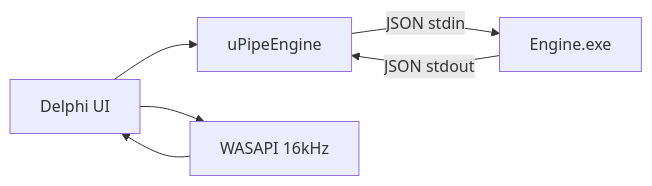
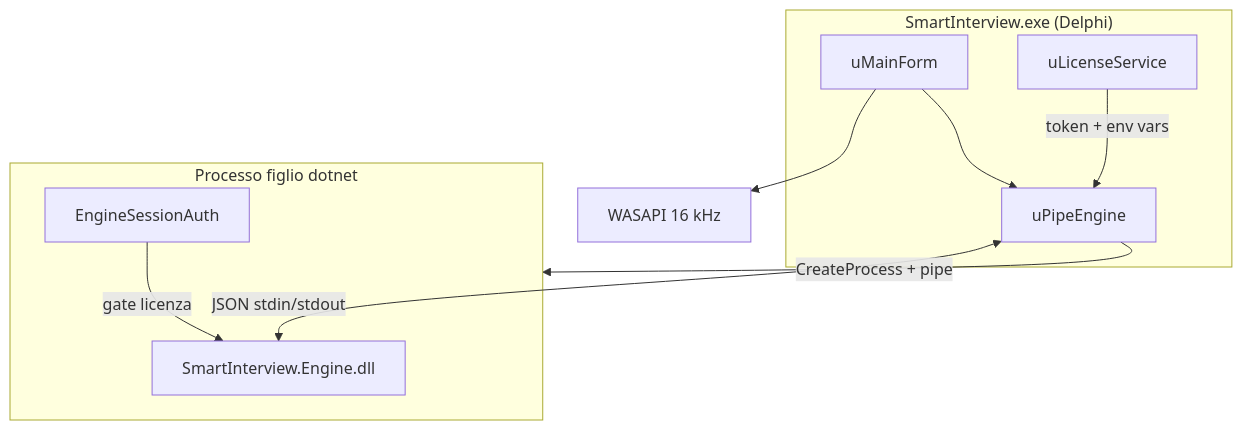
One commit to PoisonIceStudios/SmartInterview_Delphi changed the diagram in README.md. Above: the diagram before and after it, drawn with Mermaid. The commit also changed other lines of this file and 9 other files, not shown here.

First line of the commit message:
Switch engine to dotnet-hosted DLL and update docs

````diff
--- a/README.md
+++ b/README.md
@@ -54,8 +54,18 @@
 ```mermaid
-flowchart LR
-  UI[Delphi UI] --> Pipe[uPipeEngine]
-  Pipe -->|JSON stdin| Eng[Engine.exe]
-  Eng -->|JSON stdout| Pipe
-  UI --> Audio[WASAPI 16kHz]
-  Audio --> UI
+flowchart TB
+  subgraph Delphi["SmartInterview.exe (Delphi)"]
+    UI[uMainForm]
+    Pipe[uPipeEngine]
+    Lic[uLicenseService]
+    UI --> Pipe
+    Lic -->|token + env vars| Pipe
+  end
+  subgraph Host["Processo figlio dotnet"]
+    DLL[SmartInterview.Engine.dll]
+    Auth[EngineSessionAuth]
+    Auth -->|gate licenza| DLL
+  end
+  Pipe -->|CreateProcess + pipe| Host
+  Pipe <-->|JSON stdin/stdout| DLL
+  UI --> Audio[WASAPI 16 kHz]
 ```
````
